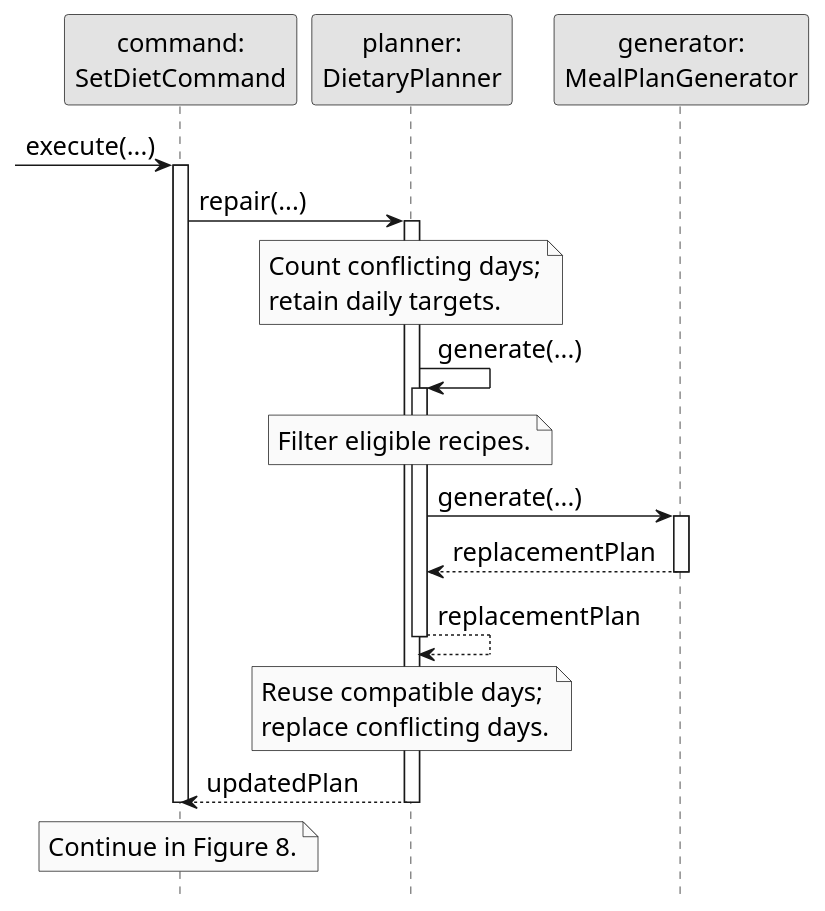
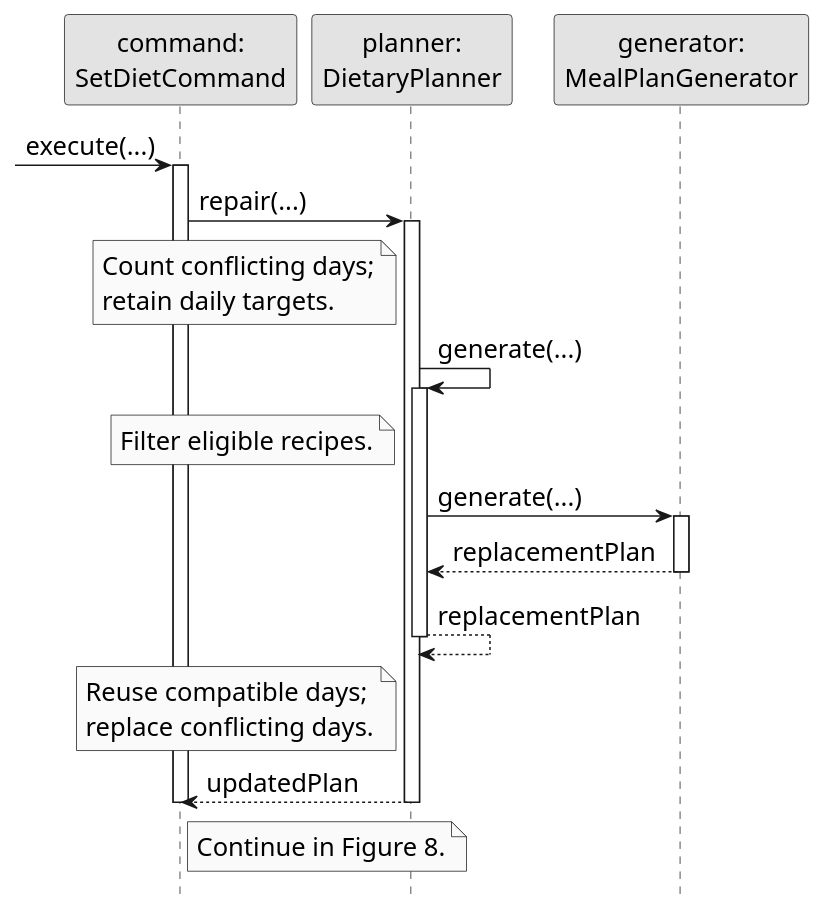
The diagram in docs/diagrams/dietary/repair.puml (AY2627S1-CS2113-W13-4/tp), drawn with PlantUML before and after one commit. The commit also changed 3 other files, not shown here.

First line of the commit message:
docs: keep activation bars visible in dietary sequence diagrams

```diff
--- a/docs/diagrams/dietary/repair.puml
+++ b/docs/diagrams/dietary/repair.puml
@@ -1,30 +1,31 @@
 @startuml
 skinparam backgroundColor white
 skinparam defaultFontName SansSerif
 skinparam defaultFontSize 17
 skinparam shadowing false
 skinparam monochrome true
 hide footbox
+' Keep notes beside lifelines so activation bars stay visible.
 participant "command:\nSetDietCommand" as C
 participant "planner:\nDietaryPlanner" as P
 participant "generator:\nMealPlanGenerator" as G
 [-> C : execute(...)
 activate C
 C -> P : repair(...)
 activate P
-note over P : Count conflicting days;\nretain daily targets.
+note left of P : Count conflicting days;\nretain daily targets.
 P -> P : generate(...)
 activate P
-note over P : Filter eligible recipes.
+note left of P : Filter eligible recipes.
 P -> G : generate(...)
 activate G
 G --> P : replacementPlan
 deactivate G
 P --> P : replacementPlan
 deactivate P
-note over P : Reuse compatible days;\nreplace conflicting days.
+note left of P : Reuse compatible days;\nreplace conflicting days.
 P --> C : updatedPlan
 deactivate P
-note over C : Continue in Figure 8.
+note right of C : Continue in Figure 8.
 deactivate C
 @enduml
```
